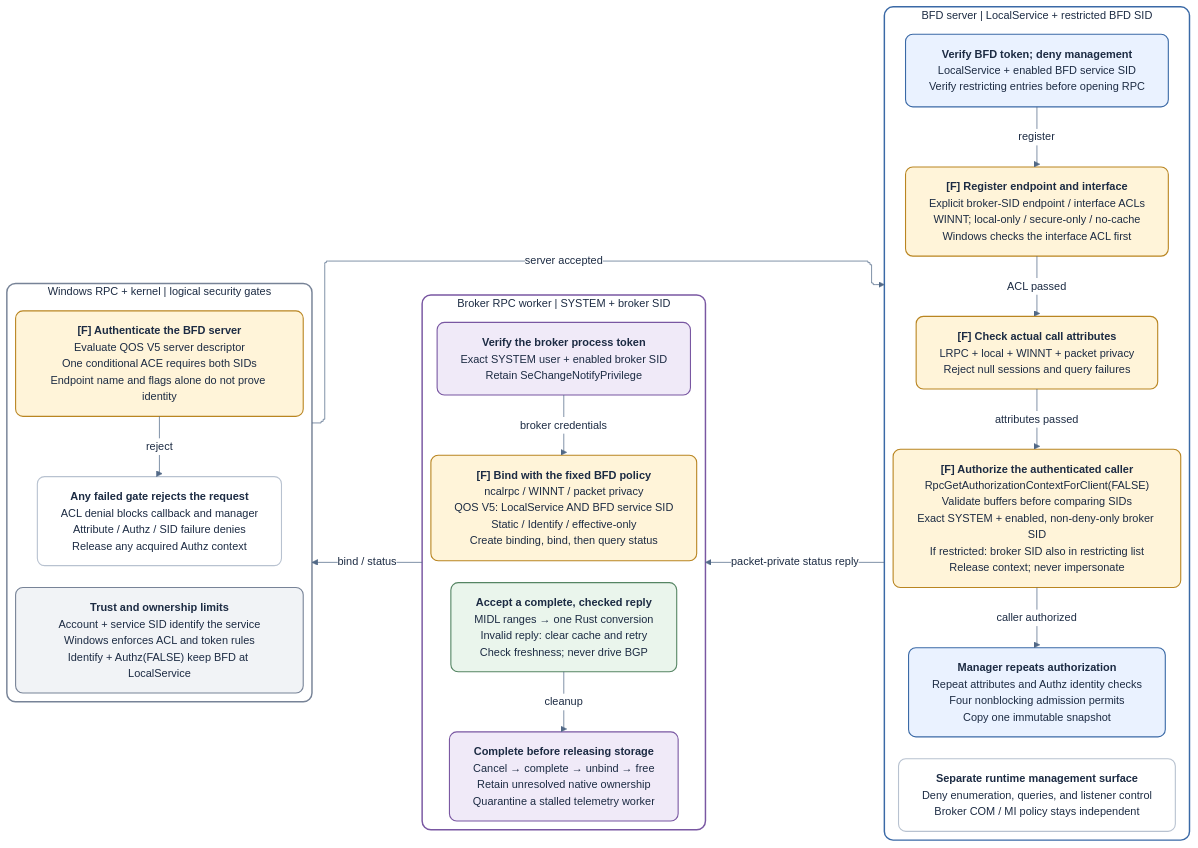
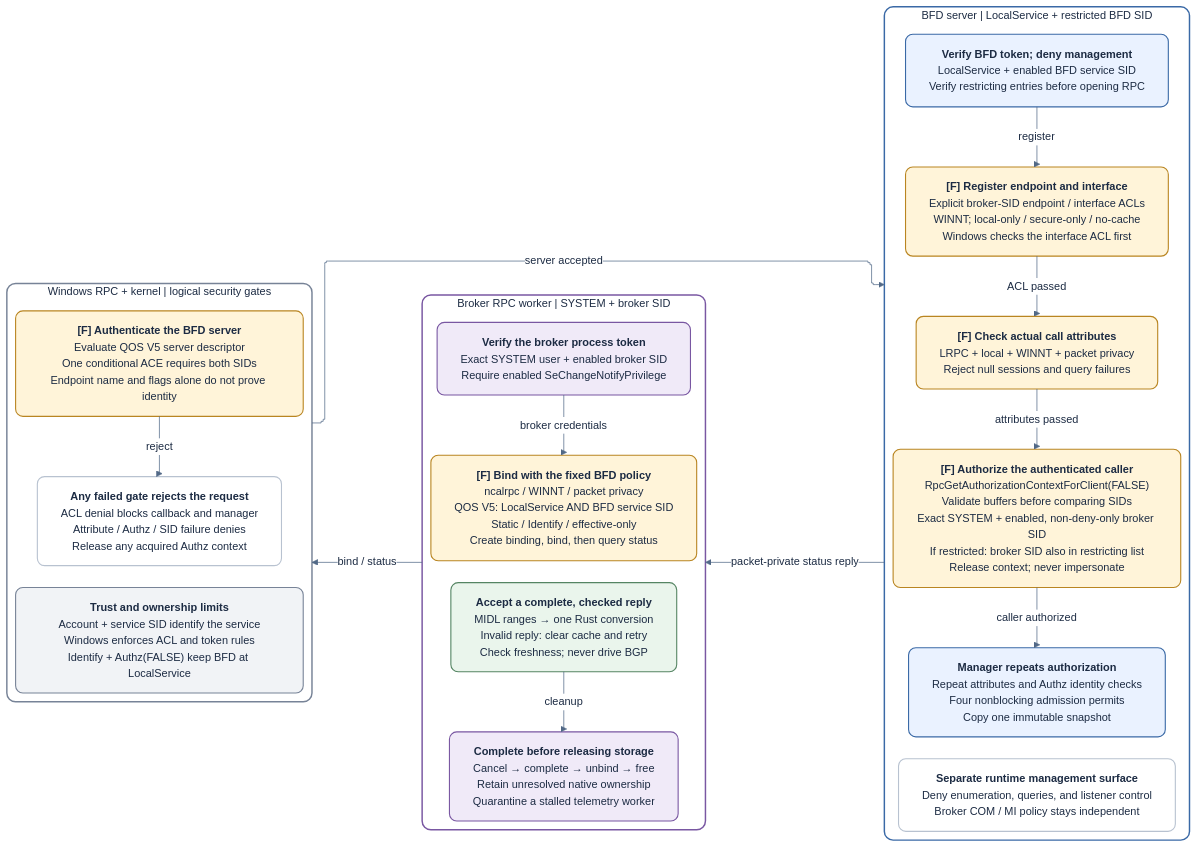
One commit to miketheitguy/bfd-winservice changed the diagram in docs/rpc-authentication.md. Above: the diagram before and after it, drawn with Mermaid. The commit also changed other lines of this file and 58 other files, not shown here.

````diff
--- a/docs/rpc-authentication.md
+++ b/docs/rpc-authentication.md
@@ -69,82 +69,82 @@
 ```mermaid
 ---
 config:
   layout: elk
   elk:
     cycleBreakingStrategy: MODEL_ORDER
     considerModelOrder: NODES_AND_EDGES
     forceNodeModelOrder: true
   look: classic
   theme: base
   fontFamily: Segoe UI, Arial, sans-serif
   themeVariables:
     fontSize: 15px
     primaryTextColor: '#1C2B43'
     lineColor: '#526987'
     clusterBkg: '#FFFFFF'
     edgeLabelBackground: '#FFFFFF'
   flowchart:
     wrappingWidth: 330
     padding: 16
     nodeSpacing: 26
     rankSpacing: 50
     curve: stepBefore
 ---
 flowchart RL
     accTitle: RPC authentication: GetSessionStatusV1 on BfdWinService.Local.v2
     accDescr: The broker pins the actual BFD server account and service SID. Windows checks the interface ACL before the per-call callback. BFD checks call attributes and authenticated SYSTEM account plus enabled broker service SID without impersonation. Native storage remains owned until completion.
     %% Cross-process edges attach to boundaries to preserve process columns.
     %% Mirrors service-communication.drawio, page 3.
 
     subgraph auth_client["Broker RPC worker | SYSTEM + broker SID"]
         direction TB
-        auth_token["<b>Verify the broker process token</b><br/>Exact SYSTEM user + enabled broker SID<br/>Retain SeChangeNotifyPrivilege"]:::broker
+        auth_token["<b>Verify the broker process token</b><br/>Exact SYSTEM user + enabled broker SID<br/>Require enabled SeChangeNotifyPrivilege"]:::broker
         auth_qos["<b>[F] Bind with the fixed BFD policy</b><br/>ncalrpc / WINNT / packet privacy<br/>QOS V5: LocalService AND BFD service SID<br/>Static / Identify / effective-only<br/>Create binding, bind, then query status"]:::gate
         auth_result["<b>Accept a complete, checked reply</b><br/>MIDL ranges → one Rust conversion<br/>Invalid reply: clear cache and retry<br/>Check freshness; never drive BGP"]:::cache
         auth_release["<b>Complete before releasing storage</b><br/>Cancel → complete → unbind → free<br/>Retain unresolved native ownership<br/>Quarantine a stalled telemetry worker"]:::broker
     end
 
     subgraph auth_windows["Windows RPC + kernel | logical security gates"]
         direction TB
         auth_pin["<b>[F] Authenticate the BFD server</b><br/>Evaluate QOS V5 server descriptor<br/>One conditional ACE requires both SIDs<br/>Endpoint name and flags alone do not prove identity"]:::gate
         auth_reject["<b>Any failed gate rejects the request</b><br/>ACL denial blocks callback and manager<br/>Attribute / Authz / SID failure denies<br/>Release any acquired Authz context"]:::note
         auth_ownership["<b>Trust and ownership limits</b><br/>Account + service SID identify the service<br/>Windows enforces ACL and token rules<br/>Identify + Authz(FALSE) keep BFD at LocalService"]:::external
     end
 
     subgraph auth_server["BFD server | LocalService + restricted BFD SID"]
         direction TB
         auth_start["<b>Verify BFD token; deny management</b><br/>LocalService + enabled BFD service SID<br/>Verify restricting entries before opening RPC"]:::bfd
         auth_acl["<b>[F] Register endpoint and interface</b><br/>Explicit broker-SID endpoint / interface ACLs<br/>WINNT; local-only / secure-only / no-cache<br/>Windows checks the interface ACL first"]:::gate
         auth_attributes["<b>[F] Check actual call attributes</b><br/>LRPC + local + WINNT + packet privacy<br/>Reject null sessions and query failures"]:::gate
         auth_authz["<b>[F] Authorize the authenticated caller</b><br/>RpcGetAuthorizationContextForClient(FALSE)<br/>Validate buffers before comparing SIDs<br/>Exact SYSTEM + enabled, non-deny-only broker SID<br/>If restricted: broker SID also in restricting list<br/>Release context; never impersonate"]:::gate
         auth_manager["<b>Manager repeats authorization</b><br/>Repeat attributes and Authz identity checks<br/>Four nonblocking admission permits<br/>Copy one immutable snapshot"]:::bfd
         auth_management["<b>Separate runtime management surface</b><br/>Deny enumeration, queries, and listener control<br/>Broker COM / MI policy stays independent"]:::note
     end
 
 
     auth_token -->|"broker credentials"| auth_qos
     auth_start -->|"register"| auth_acl
     auth_client -->|"bind / status"| auth_windows
     auth_windows -->|"server accepted"| auth_server
     auth_pin -->|"reject"| auth_reject
     auth_acl -->|"ACL passed"| auth_attributes
     auth_attributes -->|"attributes passed"| auth_authz
     auth_authz -->|"caller authorized"| auth_manager
     auth_server -->|"packet-private status reply"| auth_client
     auth_qos ~~~ auth_result
     auth_result -->|"cleanup"| auth_release
 
     %% Invisible links align independent sections; they do not represent calls.
     auth_reject ~~~ auth_ownership
     auth_manager ~~~ auth_management
 
     classDef bfd fill:#EAF2FF,stroke:#3A69A6,color:#1C2B43,stroke-width:1.5px,rx:10,ry:10
     classDef broker fill:#F0EAF8,stroke:#7957A2,color:#1C2B43,stroke-width:1.5px,rx:10,ry:10
     classDef gate fill:#FFF4D9,stroke:#B98521,color:#1C2B43,stroke-width:1.5px,rx:10,ry:10
     classDef cache fill:#EAF5EC,stroke:#558563,color:#1C2B43,stroke-width:1.5px,rx:10,ry:10
     classDef external fill:#F1F3F6,stroke:#778397,color:#1C2B43,stroke-width:1.5px,rx:10,ry:10
     classDef note fill:#FFFFFF,stroke:#B8C2D0,color:#1C2B43,stroke-width:1.5px,rx:10,ry:10
     style auth_client fill:#FFFFFF,stroke:#7957A2,color:#1C2B43,stroke-width:2px,rx:12,ry:12
     style auth_windows fill:#FFFFFF,stroke:#778397,color:#1C2B43,stroke-width:2px,rx:12,ry:12
     style auth_server fill:#FFFFFF,stroke:#3A69A6,color:#1C2B43,stroke-width:2px,rx:12,ry:12
 ```
````
